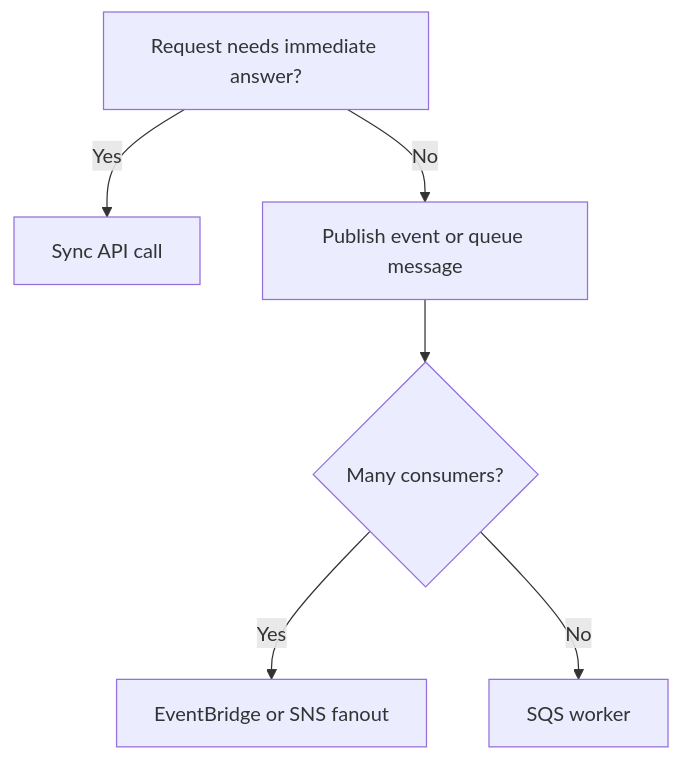
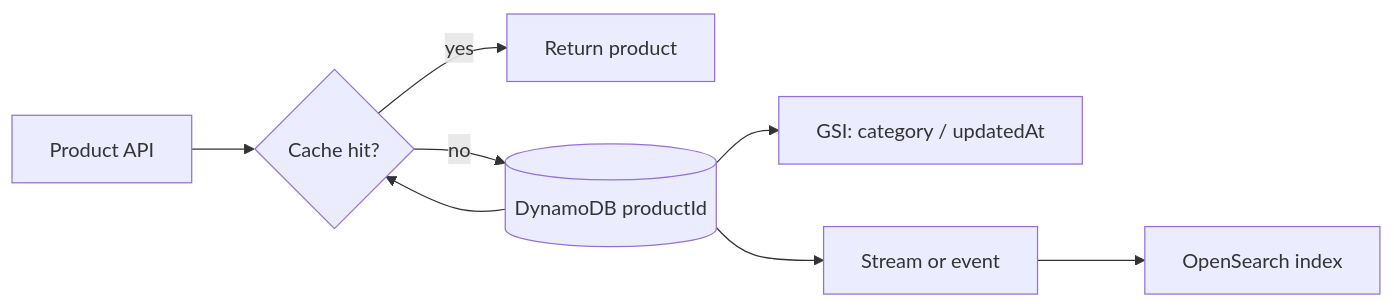
The fourth of 8 diagrams in src/content/certs/dva.md (rodrigosiviero/aws-study-hub), drawn with Mermaid before and after one commit. The commit also changed other lines of this file and 1 other file, not shown here.

````diff
--- a/src/content/certs/dva.md
+++ b/src/content/certs/dva.md
@@ -68,8 +169,10 @@
 ```mermaid
-flowchart TD
-  A[Request needs immediate answer?] -->|Yes| B[Sync API call]
-  A -->|No| C[Publish event or queue message]
-  C --> D{Many consumers?}
-  D -->|Yes| E[EventBridge or SNS fanout]
-  D -->|No| F[SQS worker]
+flowchart LR
+ A[Product API] --> C{Cache hit?}
+ C -->|yes| R[Return product]
+ C -->|no| D[(DynamoDB productId)]
+ D --> C
+ D --> G[GSI: category / updatedAt]
+ D --> S[Stream or event]
+ S --> O[OpenSearch index]
 ```
````
